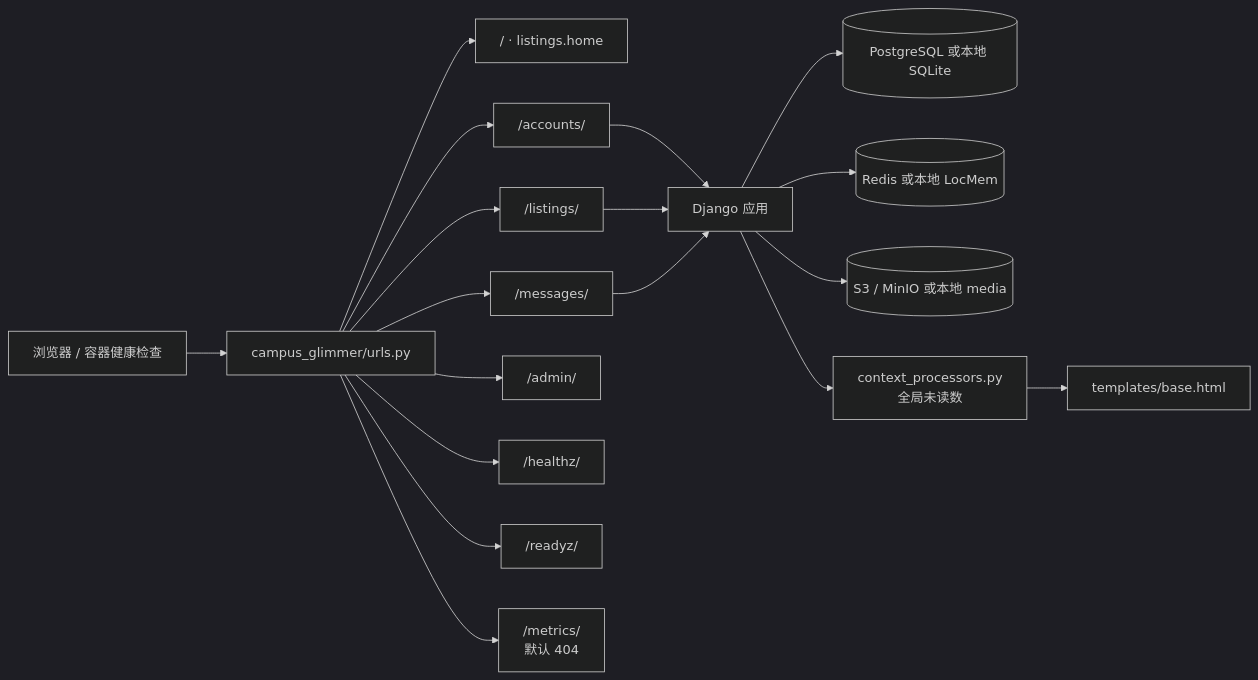
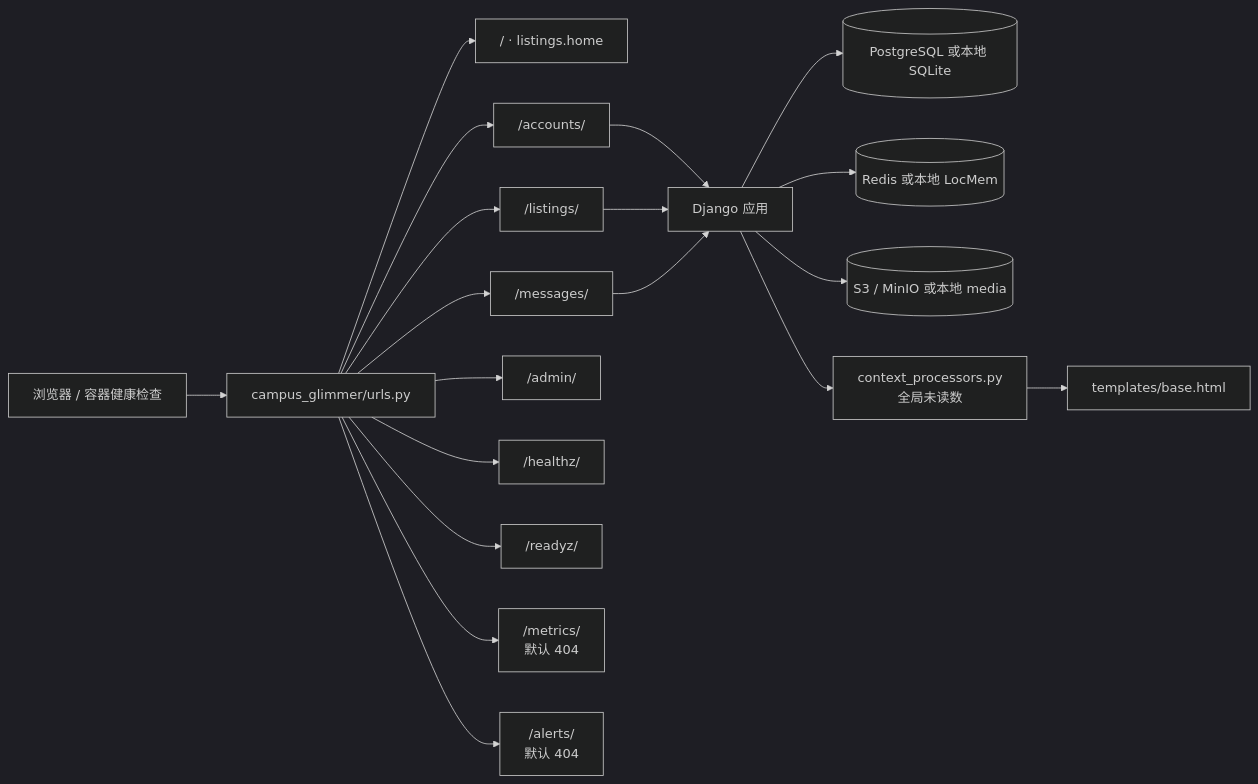
One commit to strawberry-little-bear/campus_glimmer changed the first of 2 diagrams in campus_glimmer/README.md. Above: the diagram before and after it, drawn with Mermaid (dark theme). The commit also changed other lines of this file and 7 other files, not shown here.

````diff
--- a/campus_glimmer/README.md
+++ b/campus_glimmer/README.md
@@ -24,20 +24,21 @@
 ```mermaid
 flowchart LR
     Browser["浏览器 / 容器健康检查"] --> URL["campus_glimmer/urls.py"]
     URL --> Home["/ · listings.home"]
     URL --> Accounts["/accounts/"]
     URL --> Listings["/listings/"]
     URL --> Messages["/messages/"]
     URL --> Admin["/admin/"]
     URL --> Health["/healthz/"]
     URL --> Ready["/readyz/"]
     URL --> Metrics["/metrics/<br/>默认 404"]
+    URL --> Alerts["/alerts/<br/>默认 404"]
     Accounts --> Django["Django 应用"]
     Listings --> Django
     Messages --> Django
     Django --> DB[("PostgreSQL 或本地 SQLite")]
     Django --> Cache[("Redis 或本地 LocMem")]
     Django --> Objects[("S3 / MinIO 或本地 media")]
     Django --> Context["context_processors.py<br/>全局未读数"]
     Context --> Templates["templates/base.html"]
 ```
````
